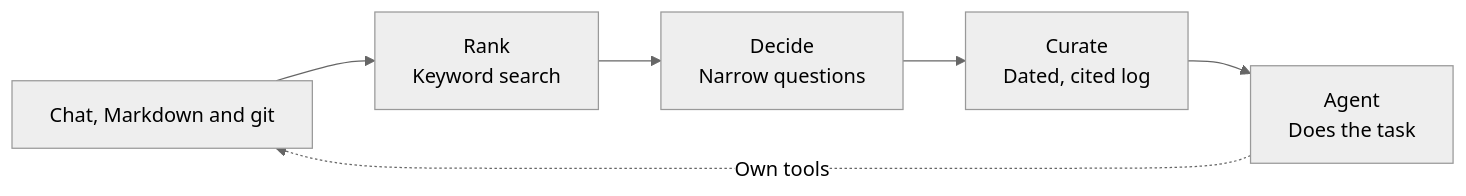
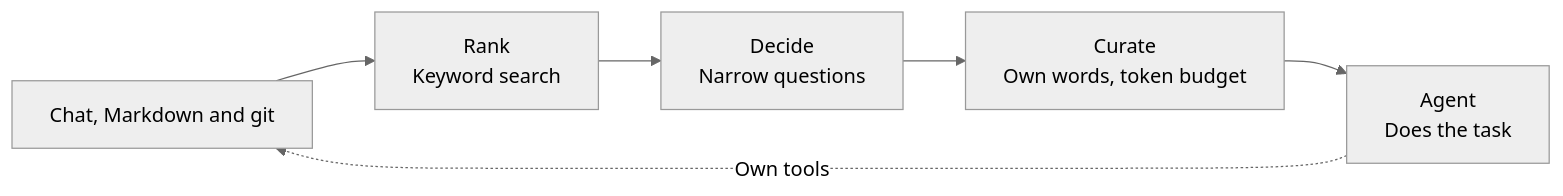
The diagram in README.md (jonny981/curate), drawn with Mermaid (neutral theme) before and after one commit. The commit also changed other lines of this file and 69 other files, not shown here.

First line of the commit message:
refactor(curate)!: make the own-words layout the only question-time path

````diff
--- a/README.md
+++ b/README.md
@@ -514,8 +488,8 @@
 ```mermaid
 flowchart LR
   sources["Chat, Markdown and git"] --> rank["Rank<br/>Keyword search"]
   rank --> decide["Decide<br/>Narrow questions"]
-  decide --> curate["Curate<br/>Dated, cited log"]
+  decide --> curate["Curate<br/>Own words, token budget"]
   curate --> agent["Agent<br/>Does the task"]
   agent -. "Own tools" .-> sources
 ```
````
